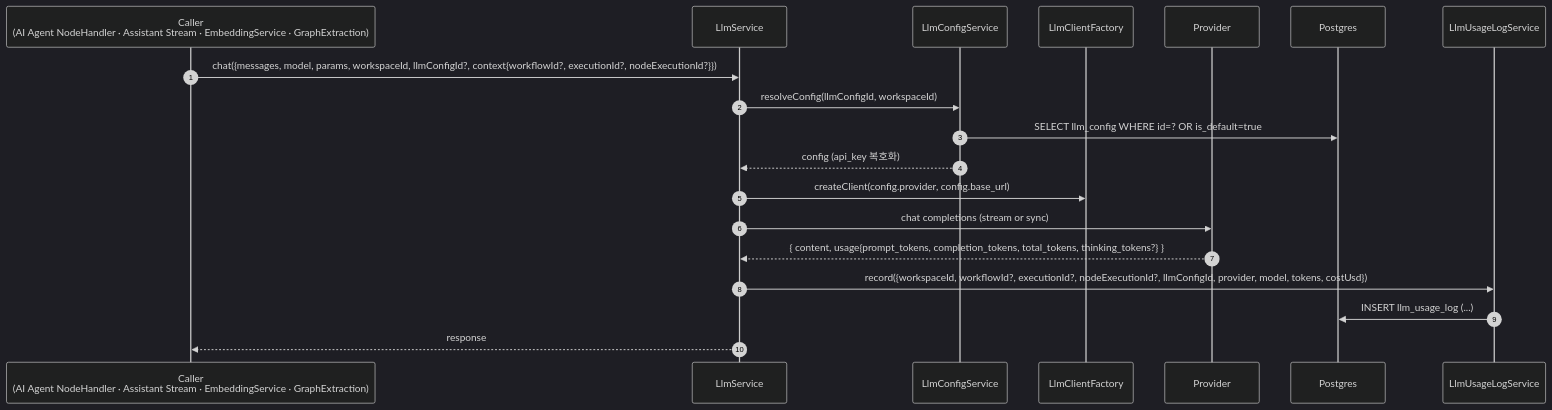
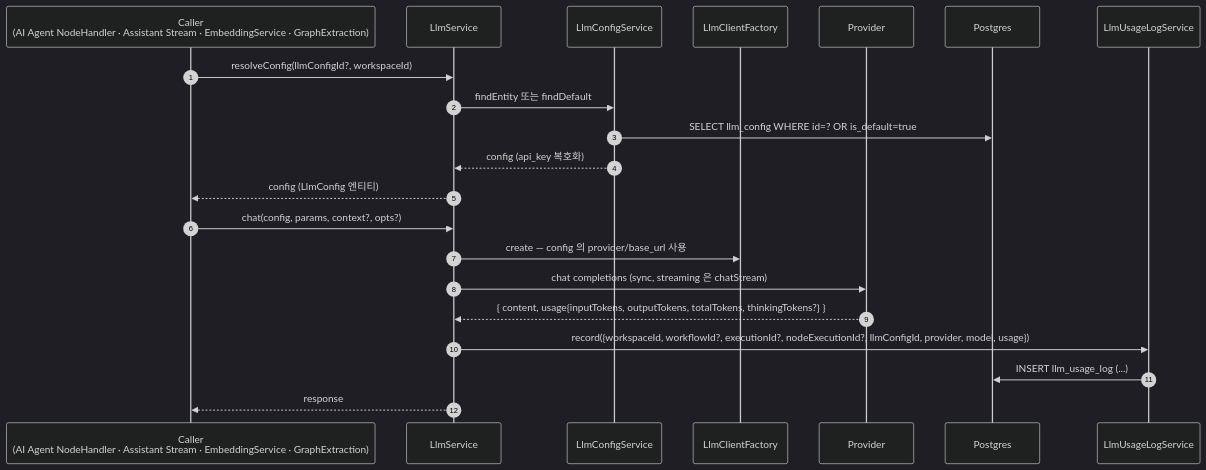
One commit to worker-ants/clemvion changed the second of 2 diagrams in spec/data-flow/7-llm-usage.md. Above: the diagram before and after it, drawn with Mermaid (dark theme). The commit also changed other lines of this file and 186 other files, not shown here.

````diff
--- a/spec/data-flow/7-llm-usage.md
+++ b/spec/data-flow/7-llm-usage.md
@@ -44,22 +44,24 @@
 ```mermaid
 sequenceDiagram
   autonumber
   participant Caller as Caller<br/>(AI Agent NodeHandler · Assistant Stream · EmbeddingService · GraphExtraction)
   participant LL as LlmService
   participant Cf as LlmConfigService
   participant Fac as LlmClientFactory
   participant Prov as Provider
   participant PG as Postgres
   participant Log as LlmUsageLogService
 
-  Caller->>LL: chat({messages, model, params, workspaceId, llmConfigId?, context{workflowId?, executionId?, nodeExecutionId?}})
-  LL->>Cf: resolveConfig(llmConfigId, workspaceId)
+  Caller->>LL: resolveConfig(llmConfigId?, workspaceId)
+  LL->>Cf: findEntity 또는 findDefault
   Cf->>PG: SELECT llm_config WHERE id=? OR is_default=true
   Cf-->>LL: config (api_key 복호화)
-  LL->>Fac: createClient(config.provider, config.base_url)
-  LL->>Prov: chat completions (stream or sync)
-  Prov-->>LL: { content, usage{prompt_tokens, completion_tokens, total_tokens, thinking_tokens?} }
-  LL->>Log: record({workspaceId, workflowId?, executionId?, nodeExecutionId?, llmConfigId, provider, model, tokens, costUsd})
+  LL-->>Caller: config (LlmConfig 엔티티)
+  Caller->>LL: chat(config, params, context?, opts?)
+  LL->>Fac: create — config 의 provider/base_url 사용
+  LL->>Prov: chat completions (sync, streaming 은 chatStream)
+  Prov-->>LL: { content, usage{inputTokens, outputTokens, totalTokens, thinkingTokens?} }
+  LL->>Log: record({workspaceId, workflowId?, executionId?, nodeExecutionId?, llmConfigId, provider, model, usage})
   Log->>PG: INSERT llm_usage_log (...)
   LL-->>Caller: response
 ```
````
